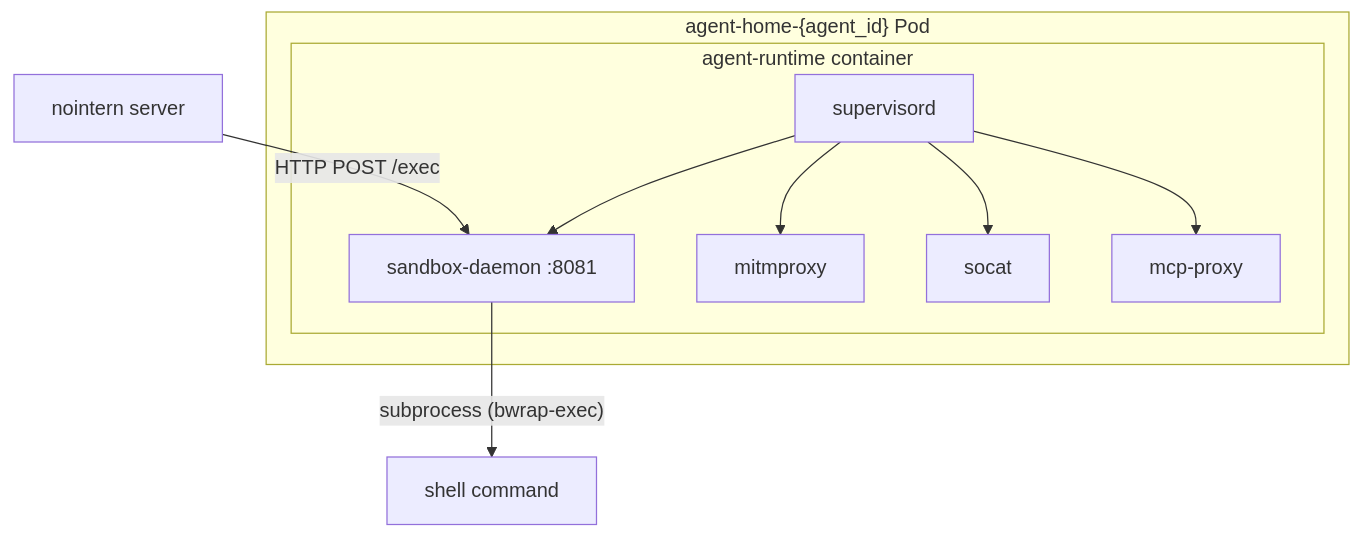
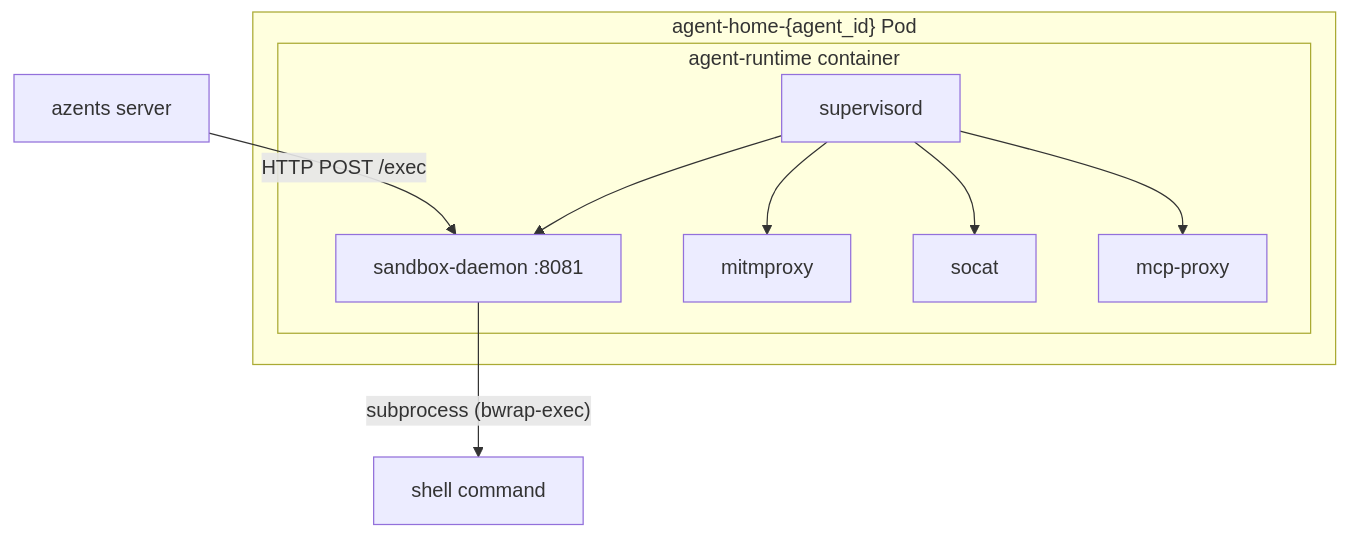
One commit to azents/azents changed the first of 2 diagrams in docs/azents/design/sandbox-260403-sandbox-daemon-sidecar.md. Above: the diagram before and after it, drawn with Mermaid. The commit also changed other lines of this file and 245 other files, not shown here.

````diff
--- a/docs/azents/design/sandbox-260403-sandbox-daemon-sidecar.md
+++ b/docs/azents/design/sandbox-260403-sandbox-daemon-sidecar.md
@@ -47,19 +47,19 @@
 ```mermaid
 graph TB
   subgraph Pod["agent-home-{agent_id} Pod"]
     subgraph MainContainer["agent-runtime container"]
       supervisord["supervisord"]
       daemon["sandbox-daemon :8081"]
       mitmproxy["mitmproxy"]
       socat["socat"]
       mcpproxy["mcp-proxy"]
       supervisord --> daemon
       supervisord --> mitmproxy
       supervisord --> socat
       supervisord --> mcpproxy
     end
   end
 
-  nointern["nointern server"] -->|"HTTP POST /exec"| daemon
+  azents["azents server"] -->|"HTTP POST /exec"| daemon
   daemon -->|"subprocess (bwrap-exec)"| cmd["shell command"]
 ```
````
